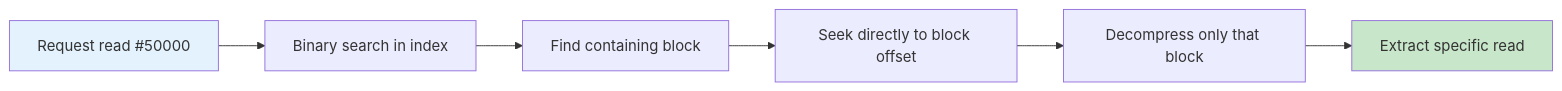
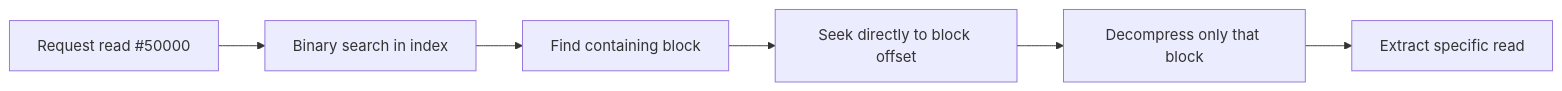
Before and after one commit to open-genomics/fq-compressor-rust: the second of 6 diagrams in docs/en/architecture/decisions/001-block-indexed-format.md, drawn with Mermaid. The commit also changed 23 other files, not shown here.

````diff
--- a/docs/en/architecture/decisions/001-block-indexed-format.md
+++ b/docs/en/architecture/decisions/001-block-indexed-format.md
@@ -56,11 +56,9 @@
 ```mermaid
 flowchart LR
     A["Request read #50000"] --> B["Binary search in index"]
     B --> C["Find containing block"]
     C --> D["Seek directly to block offset"]
     D --> E["Decompress only that block"]
     E --> F["Extract specific read"]
     
-    style A fill:#e3f2fd
-    style F fill:#c8e6c9
 ```
````
